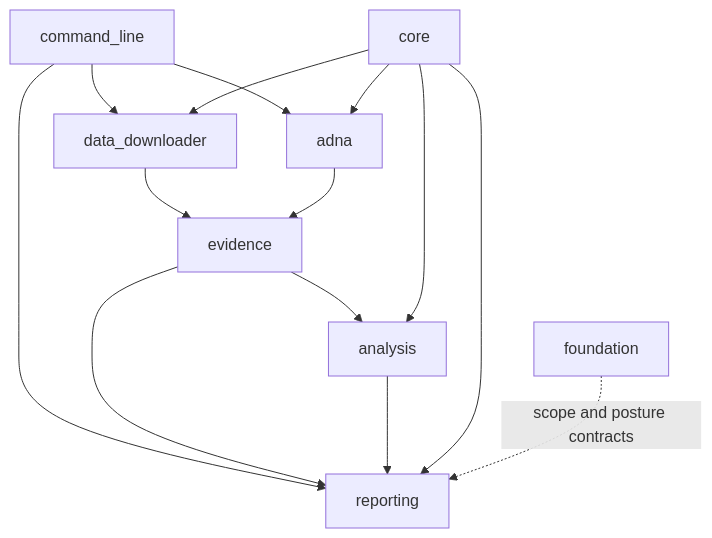
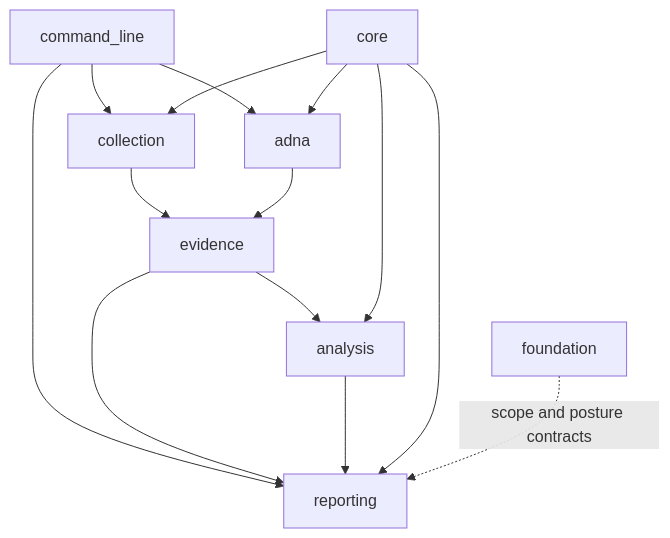
One commit to bijux/bijux-pollenomics changed the first of 3 diagrams in docs/public/pollenomics/architecture/module-map.md. Above: the diagram before and after it, drawn with Mermaid. The commit also changed other lines of this file and 176 other files, not shown here.

````diff
--- a/docs/public/pollenomics/architecture/module-map.md
+++ b/docs/public/pollenomics/architecture/module-map.md
@@ -51,16 +51,16 @@
 ```mermaid
 flowchart TB
-    Command["command_line"] --> Collection["data_downloader"]
+    Command["command_line"] --> Collection["collection"]
     Command --> Animal["adna"]
     Command --> Publication["reporting"]
     Collection --> Evidence["evidence"]
     Animal --> Evidence
     Evidence --> Analysis["analysis"]
     Evidence --> Publication
     Analysis --> Publication
     Core["core"] --> Collection
     Core --> Animal
     Core --> Analysis
     Core --> Publication
     Foundation["foundation"] -. "scope and posture contracts" .-> Publication
 ```
````
